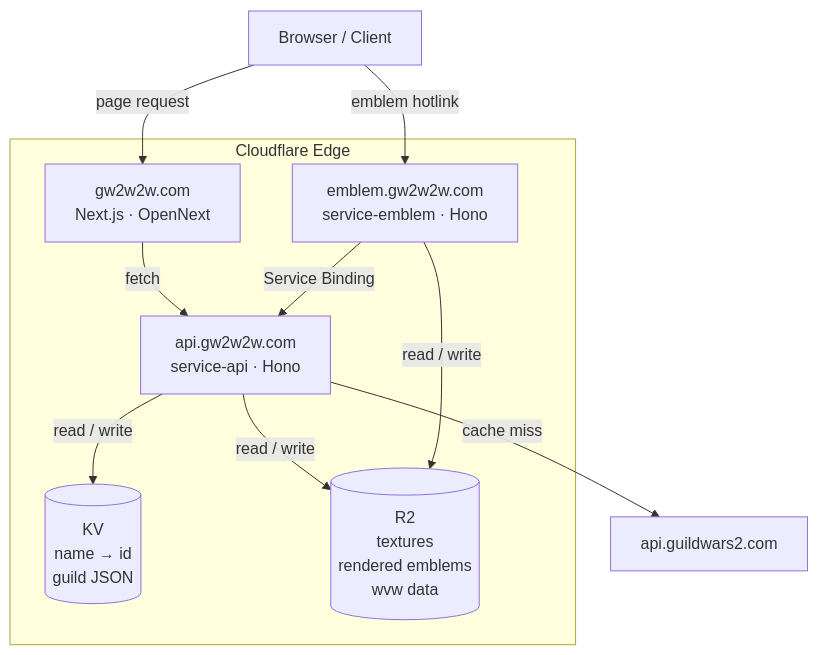
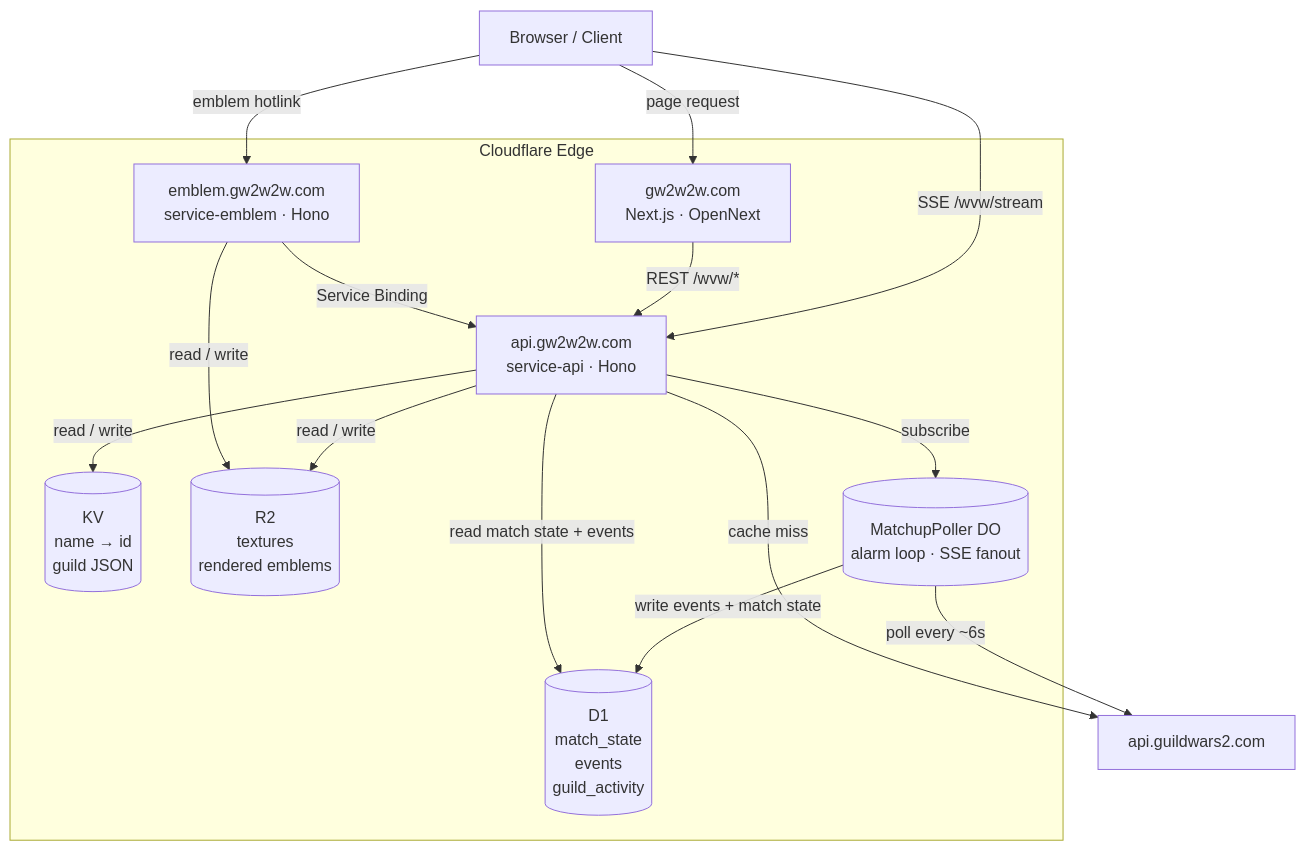
The diagram in README.md (fooey/gw2w2w-cloudflare), drawn with Mermaid before and after one commit. The commit also changed other lines of this file, not shown here.

Commit message:
feat(README): update architecture diagram and enhance application descriptions for real-time WvW event tracking

````diff
--- a/README.md
+++ b/README.md
@@ -18,23 +18,30 @@
 ```mermaid
 graph TD
     User["Browser / Client"]
 
     subgraph CF["Cloudflare Edge"]
         GW2W2W["gw2w2w.com<br/>Next.js · OpenNext"]
         Emblem["emblem.gw2w2w.com<br/>service-emblem · Hono"]
         API["api.gw2w2w.com<br/>service-api · Hono"]
+        D1[("D1<br/>match_state<br/>events<br/>guild_activity")]
         KV[("KV<br/>name → id<br/>guild JSON")]
-        R2[("R2<br/>textures<br/>rendered emblems<br/>wvw data")]
+        R2[("R2<br/>textures<br/>rendered emblems")]
+        DO[("MatchupPoller DO<br/>alarm loop · SSE fanout")]
     end
 
     GW2API["api.guildwars2.com"]
 
     User -->|page request| GW2W2W
     User -->|emblem hotlink| Emblem
-    GW2W2W -->|fetch| API
+    User -->|SSE /wvw/stream| API
+    GW2W2W -->|REST /wvw/*| API
     Emblem -->|Service Binding| API
+    API -->|subscribe| DO
+    DO -->|poll every ~6s| GW2API
+    DO -->|write events + match state| D1
+    API -->|read match state + events| D1
     API -->|read / write| KV
     API -->|read / write| R2
     Emblem -->|read / write| R2
     API -->|cache miss| GW2API
 ```
````
